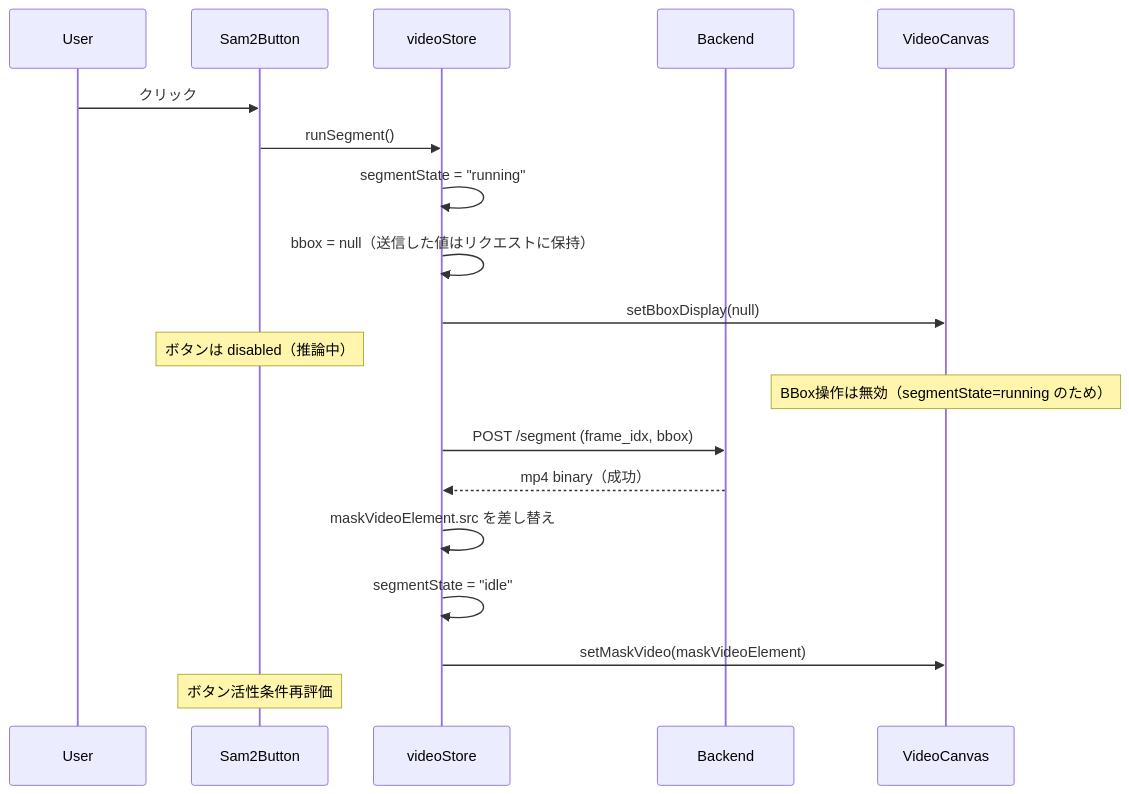
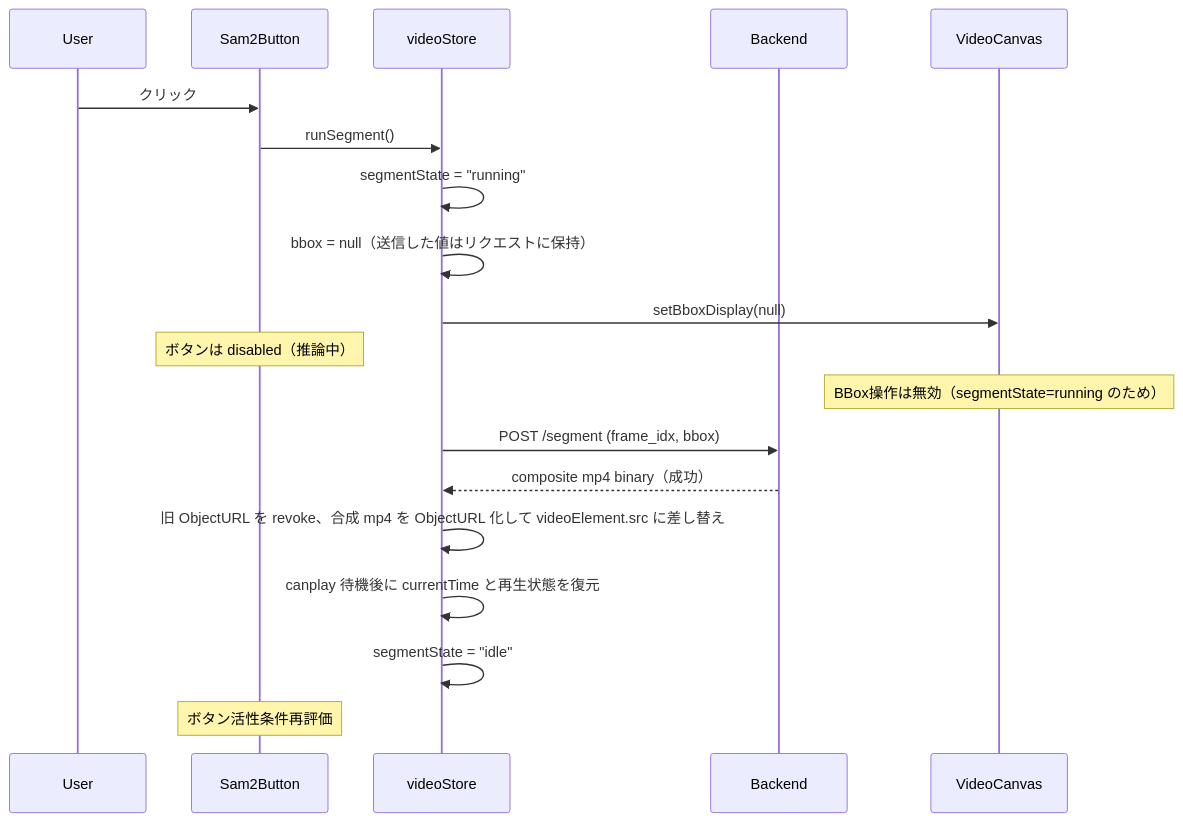
One commit to kanosawa/omnimatte-editor changed the second of 4 diagrams in docs/spec/09-state-transitions.md. Above: the diagram before and after it, drawn with Mermaid. The commit also changed other lines of this file and 10 other files, not shown here.

````diff
--- a/docs/spec/09-state-transitions.md
+++ b/docs/spec/09-state-transitions.md
@@ -99,22 +101,22 @@
 ```mermaid
 sequenceDiagram
     participant U as User
     participant Btn as Sam2Button
     participant Store as videoStore
     participant API as Backend
     participant Pixi as VideoCanvas
 
     U->>Btn: クリック
     Btn->>Store: runSegment()
     Store->>Store: segmentState = "running"
     Store->>Store: bbox = null（送信した値はリクエストに保持）
     Store->>Pixi: setBboxDisplay(null)
     Note over Btn: ボタンは disabled（推論中）
     Note over Pixi: BBox操作は無効（segmentState=running のため）
     Store->>API: POST /segment (frame_idx, bbox)
-    API-->>Store: mp4 binary（成功）
-    Store->>Store: maskVideoElement.src を差し替え
+    API-->>Store: composite mp4 binary（成功）
+    Store->>Store: 旧 ObjectURL を revoke、合成 mp4 を ObjectURL 化して videoElement.src に差し替え
+    Store->>Store: canplay 待機後に currentTime と再生状態を復元
     Store->>Store: segmentState = "idle"
-    Store->>Pixi: setMaskVideo(maskVideoElement)
     Note over Btn: ボタン活性条件再評価
 ```
````
